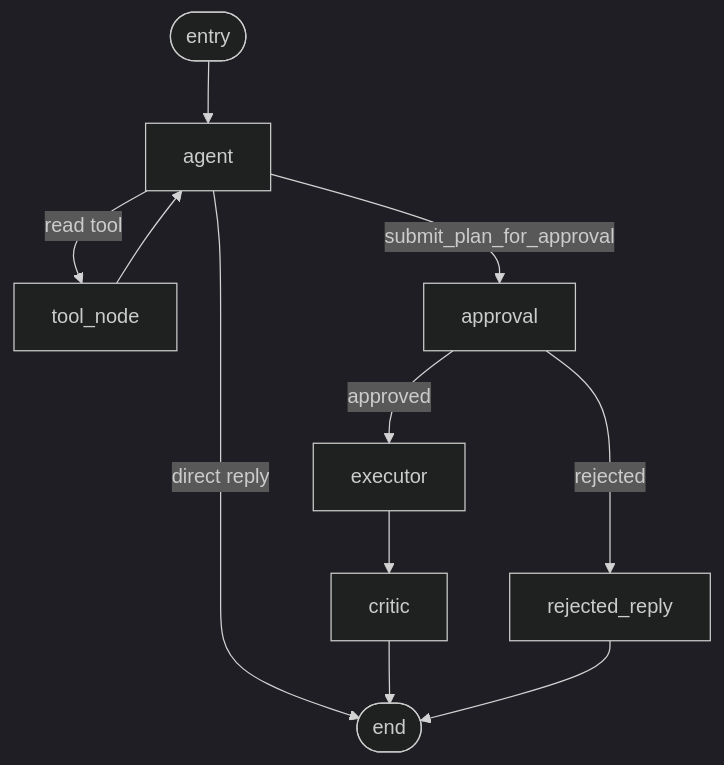
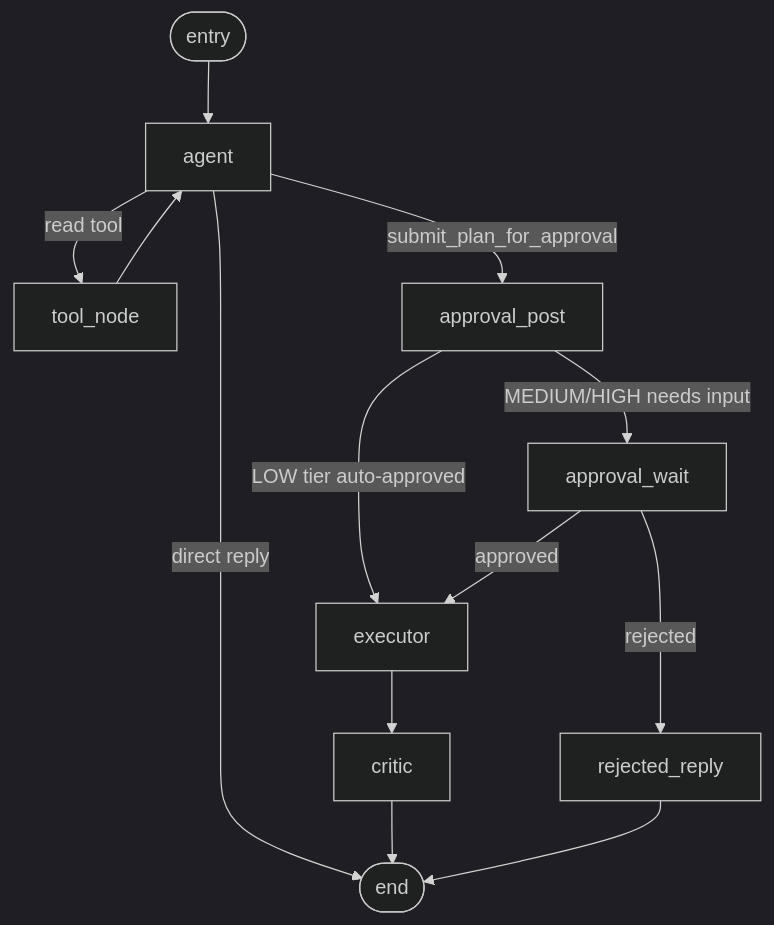
Before and after one commit to Sahilgul/lyralabs-cleint-app: the diagram in README.md, drawn with Mermaid (dark theme). The commit also changed other lines of this file and 149 other files, not shown here.

````diff
--- a/README.md
+++ b/README.md
@@ -236,9 +245,13 @@
 ```mermaid
 flowchart TD
     start([entry]) --> agent
     agent -- direct reply --> finish([end])
     agent -- read tool --> tool_node --> agent
-    agent -- submit_plan_for_approval --> approval
-    approval -- approved --> executor --> critic --> finish
-    approval -- rejected --> rejected_reply --> finish
+    agent -- submit_plan_for_approval --> approval_post
+    approval_post -- LOW tier auto-approved --> executor
+    approval_post -- MEDIUM/HIGH needs input --> approval_wait
+    approval_wait -- approved --> executor
+    approval_wait -- rejected --> rejected_reply
+    executor --> critic --> finish
+    rejected_reply --> finish
 ```
````
